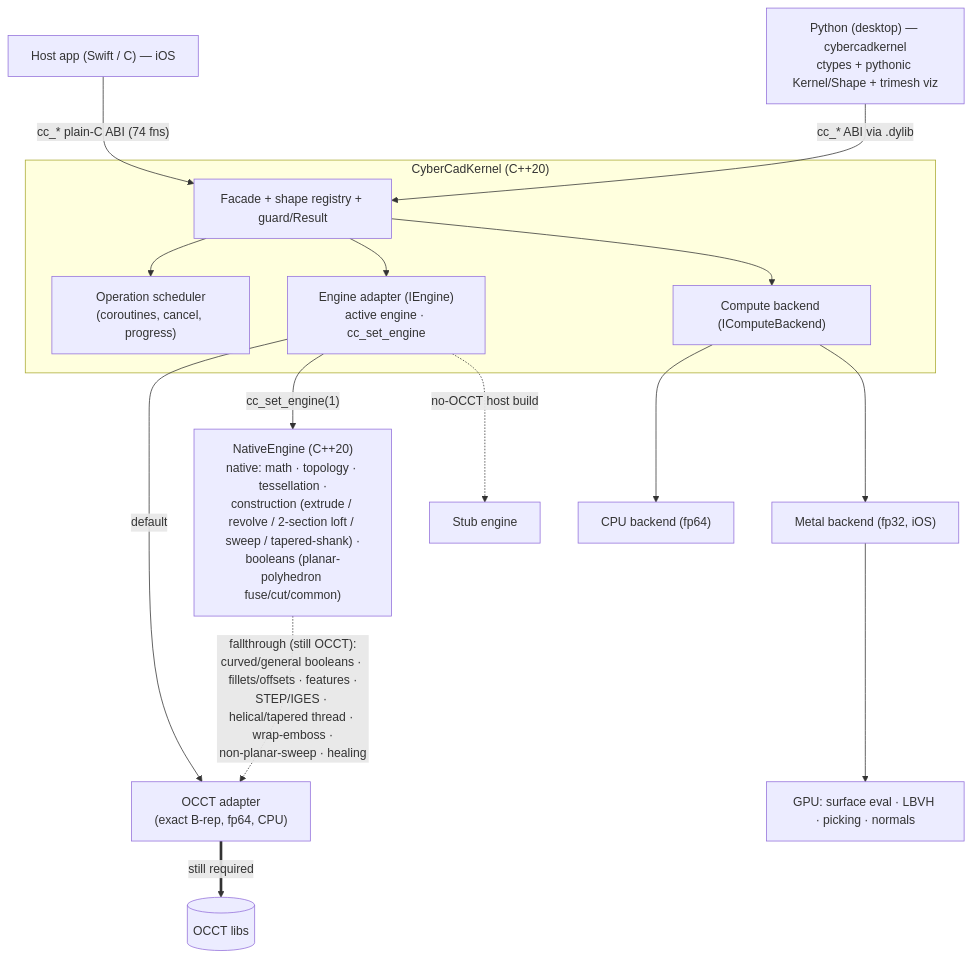
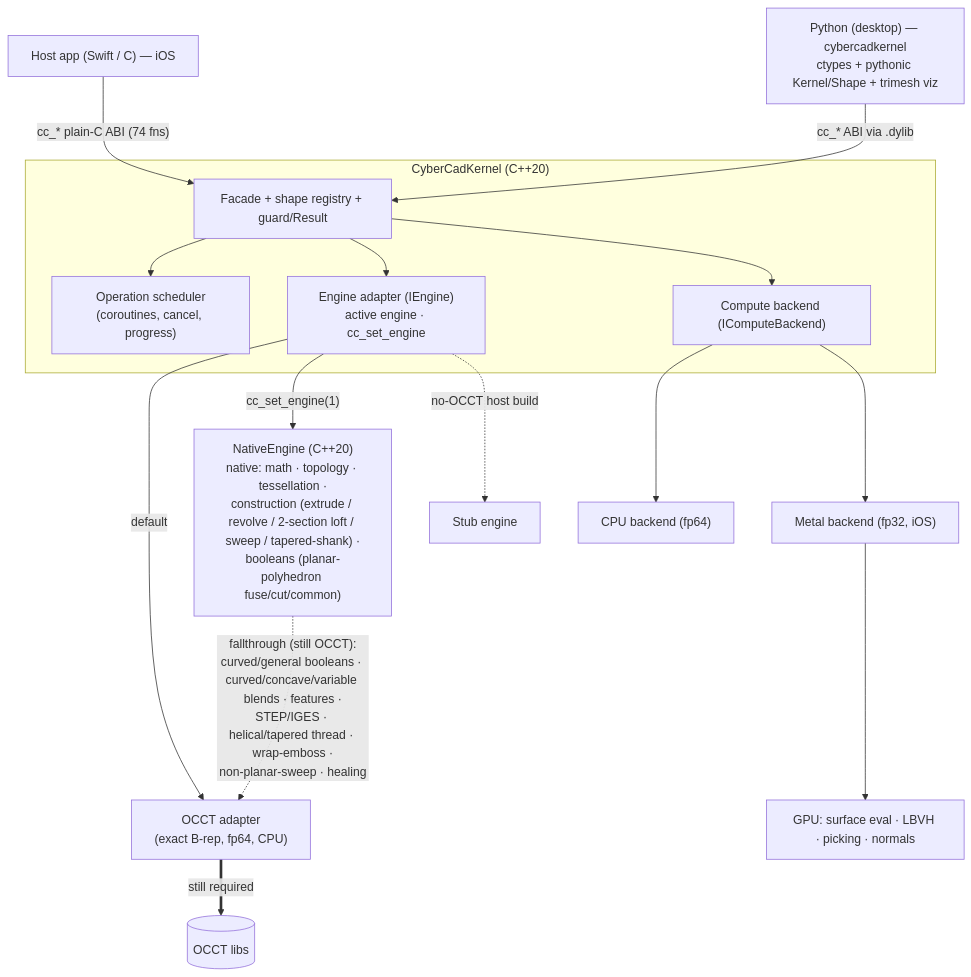
One commit to CyberdyneCorp/CyberCadKernel changed the diagram in README.md. Above: the diagram before and after it, drawn with Mermaid. The commit also changed other lines of this file and 24 other files, not shown here.

````diff
--- a/README.md
+++ b/README.md
@@ -33,27 +33,27 @@
 ```mermaid
 flowchart TD
     App["Host app (Swift / C) — iOS"] -->|"cc_* plain-C ABI (74 fns)"| Facade
     Py["Python (desktop) — cybercadkernel<br/>ctypes + pythonic Kernel/Shape + trimesh viz"] -->|"cc_* ABI via .dylib"| Facade
 
     subgraph Kernel["CyberCadKernel (C++20)"]
         Facade["Facade + shape registry + guard/Result"]
         Sched["Operation scheduler<br/>(coroutines, cancel, progress)"]
         Engine["Engine adapter (IEngine)<br/>active engine · cc_set_engine"]
         Compute["Compute backend (IComputeBackend)"]
 
         Facade --> Sched
         Facade --> Engine
         Facade --> Compute
     end
 
     Engine -->|"default"| OCCT["OCCT adapter<br/>(exact B-rep, fp64, CPU)"]
     Engine -->|"cc_set_engine(1)"| Native["NativeEngine (C++20)<br/>native: math · topology · tessellation ·<br/>construction (extrude / revolve / 2-section loft / sweep / tapered-shank) ·<br/>booleans (planar-polyhedron fuse/cut/common)"]
     Engine -.->|"no-OCCT host build"| Stub["Stub engine"]
 
-    Native -.->|"fallthrough (still OCCT):<br/>curved/general booleans · fillets/offsets · features ·<br/>STEP/IGES · helical/tapered thread · wrap-emboss ·<br/>non-planar-sweep · healing"| OCCT
+    Native -.->|"fallthrough (still OCCT):<br/>curved/general booleans · curved/concave/variable blends · features ·<br/>STEP/IGES · helical/tapered thread · wrap-emboss ·<br/>non-planar-sweep · healing"| OCCT
     OCCT ==>|"still required"| OCCTlib[("OCCT libs")]
 
     Compute --> CPUb["CPU backend (fp64)"]
     Compute --> Metal["Metal backend (fp32, iOS)"]
     Metal --> GPU["GPU: surface eval · LBVH · picking · normals"]
 ```
````
